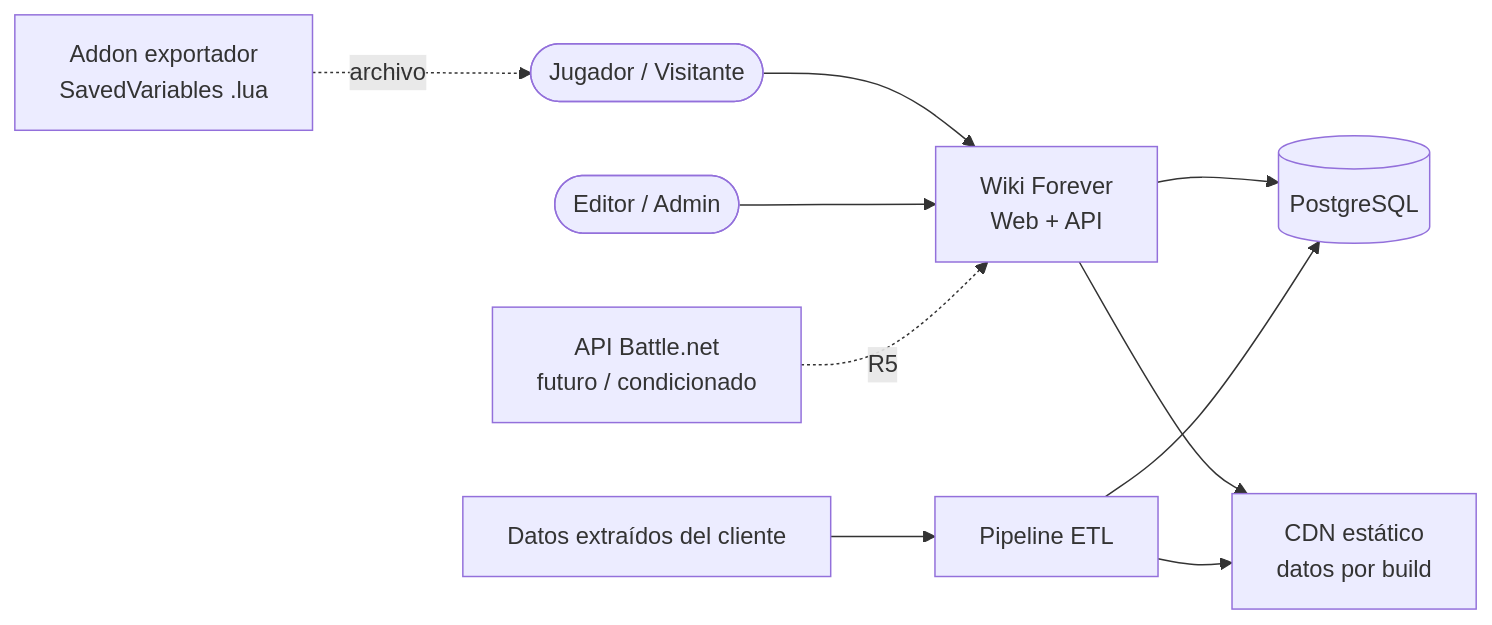
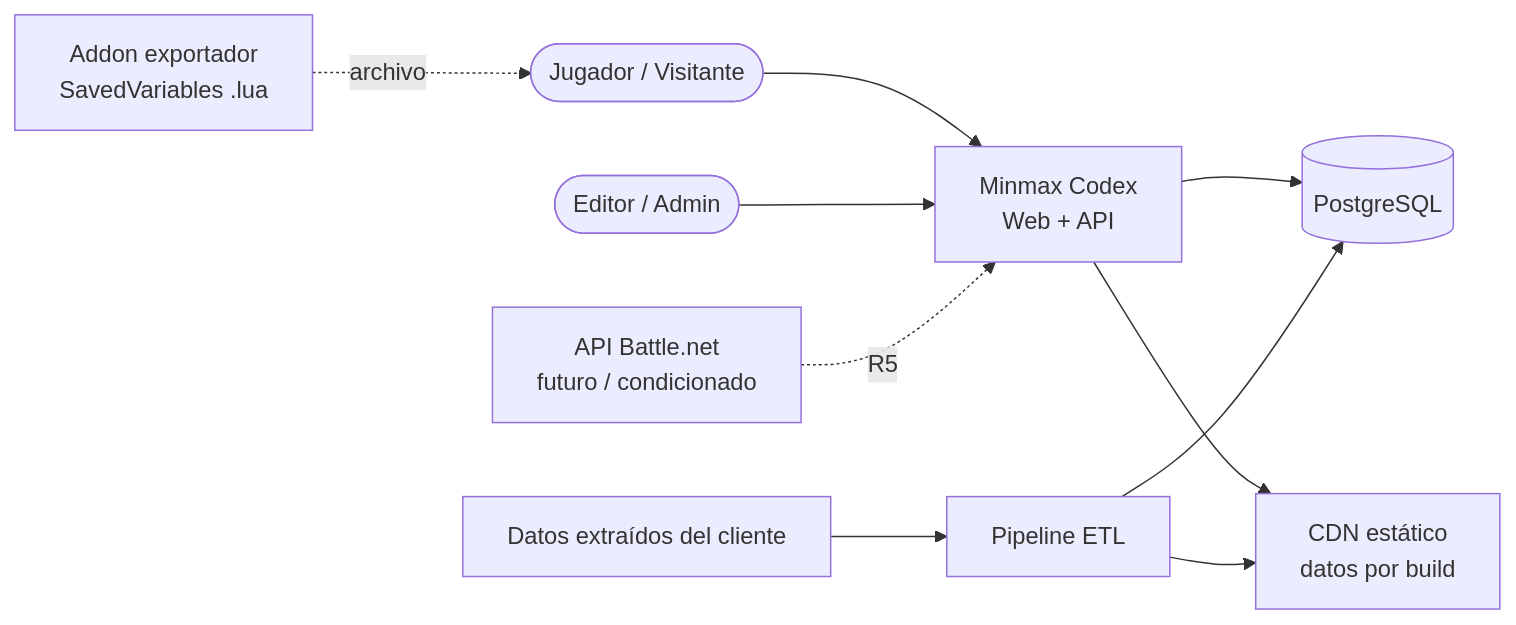
Before and after one commit to DAlejandroCl/Minmax-Codex: the first of 3 diagrams in docs/06-arquitectura.md, drawn with Mermaid. The commit also changed other lines of this file, not shown here.

Commit message:
docs(arch): rename product and repo folder
Claude-Session: https://claude.ai/code/session_01Y9rdSK9uC6hMZyMywDnysX

````diff
--- a/docs/06-arquitectura.md
+++ b/docs/06-arquitectura.md
@@ -16,12 +16,12 @@
 ```mermaid
 flowchart LR
-  U([Jugador / Visitante]) --> W[Wiki Forever<br/>Web + API]
+  U([Jugador / Visitante]) --> W[Minmax Codex<br/>Web + API]
   E([Editor / Admin]) --> W
   A[Addon exportador<br/>SavedVariables .lua] -. archivo .-> U
   W --> DB[(PostgreSQL)]
   W --> CDN[CDN estático<br/>datos por build]
   X[Datos extraídos del cliente] --> ETL[Pipeline ETL]
   ETL --> DB
   ETL --> CDN
   B[API Battle.net<br/>futuro / condicionado] -. R5 .-> W
 ```
````
